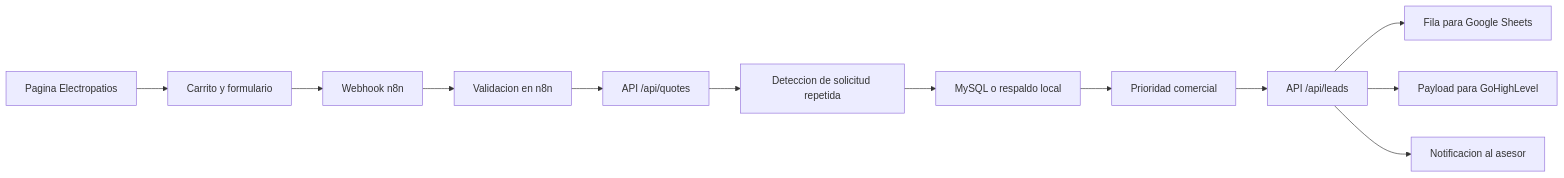
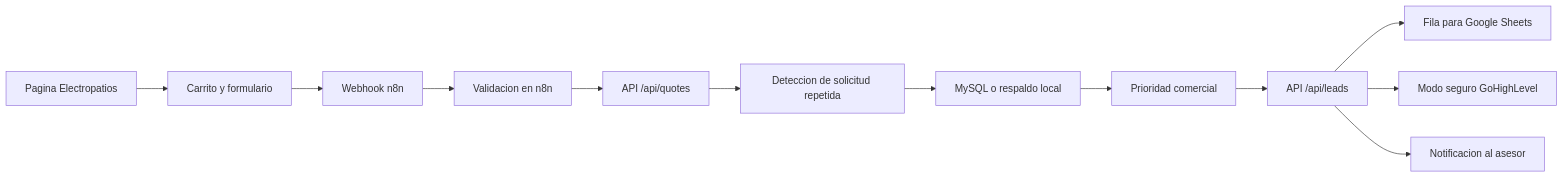
Before and after one commit to deyson24ivan/electropatios-quote-system: the diagram in README.md, drawn with Mermaid. The commit also changed other lines of this file and 13 other files, not shown here.

Commit message:
Add GoHighLevel safe mode sync

````diff
--- a/README.md
+++ b/README.md
@@ -117,14 +126,14 @@
 ```mermaid
 flowchart LR
   A["Pagina Electropatios"] --> B["Carrito y formulario"]
   B --> C["Webhook n8n"]
   C --> D["Validacion en n8n"]
   D --> E["API /api/quotes"]
   E --> F["Deteccion de solicitud repetida"]
   F --> G["MySQL o respaldo local"]
   G --> H["Prioridad comercial"]
   H --> I["API /api/leads"]
   I --> J["Fila para Google Sheets"]
-  I --> K["Payload para GoHighLevel"]
+  I --> K["Modo seguro GoHighLevel"]
   I --> L["Notificacion al asesor"]
 ```
````
